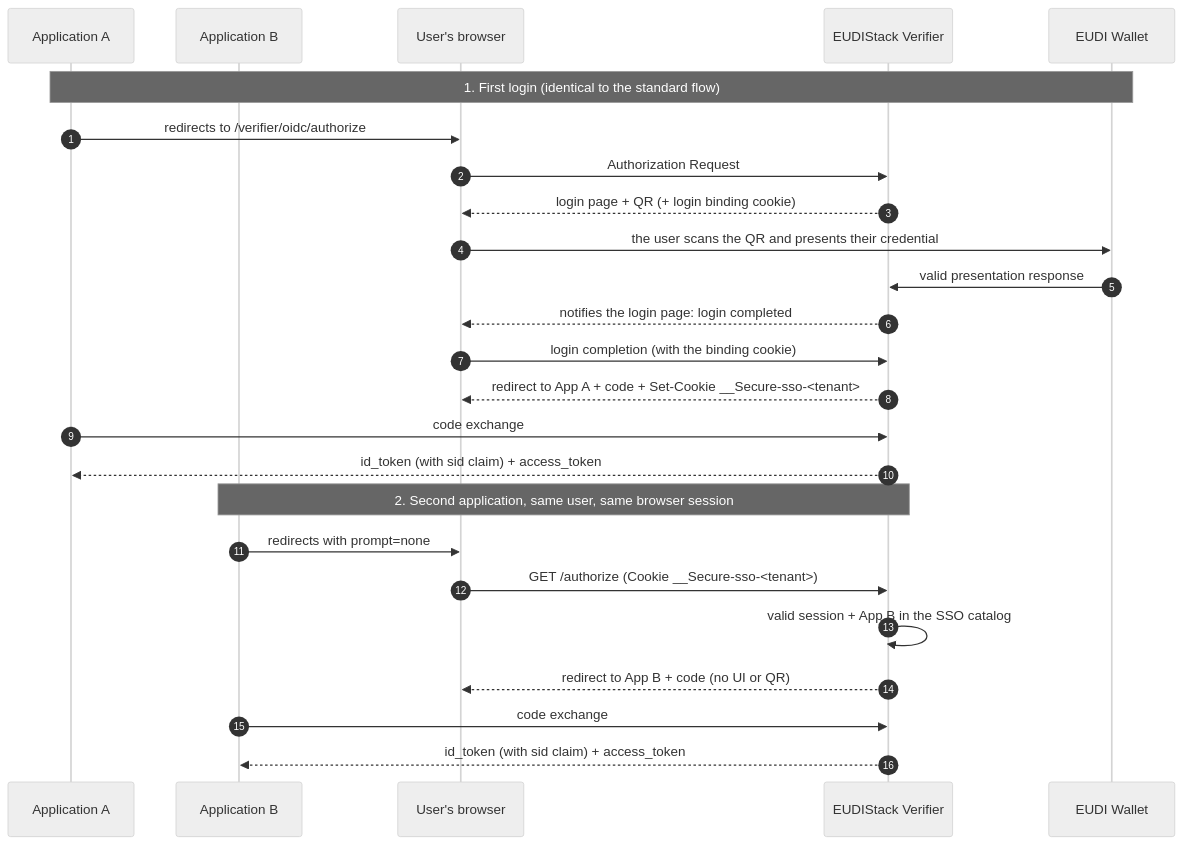
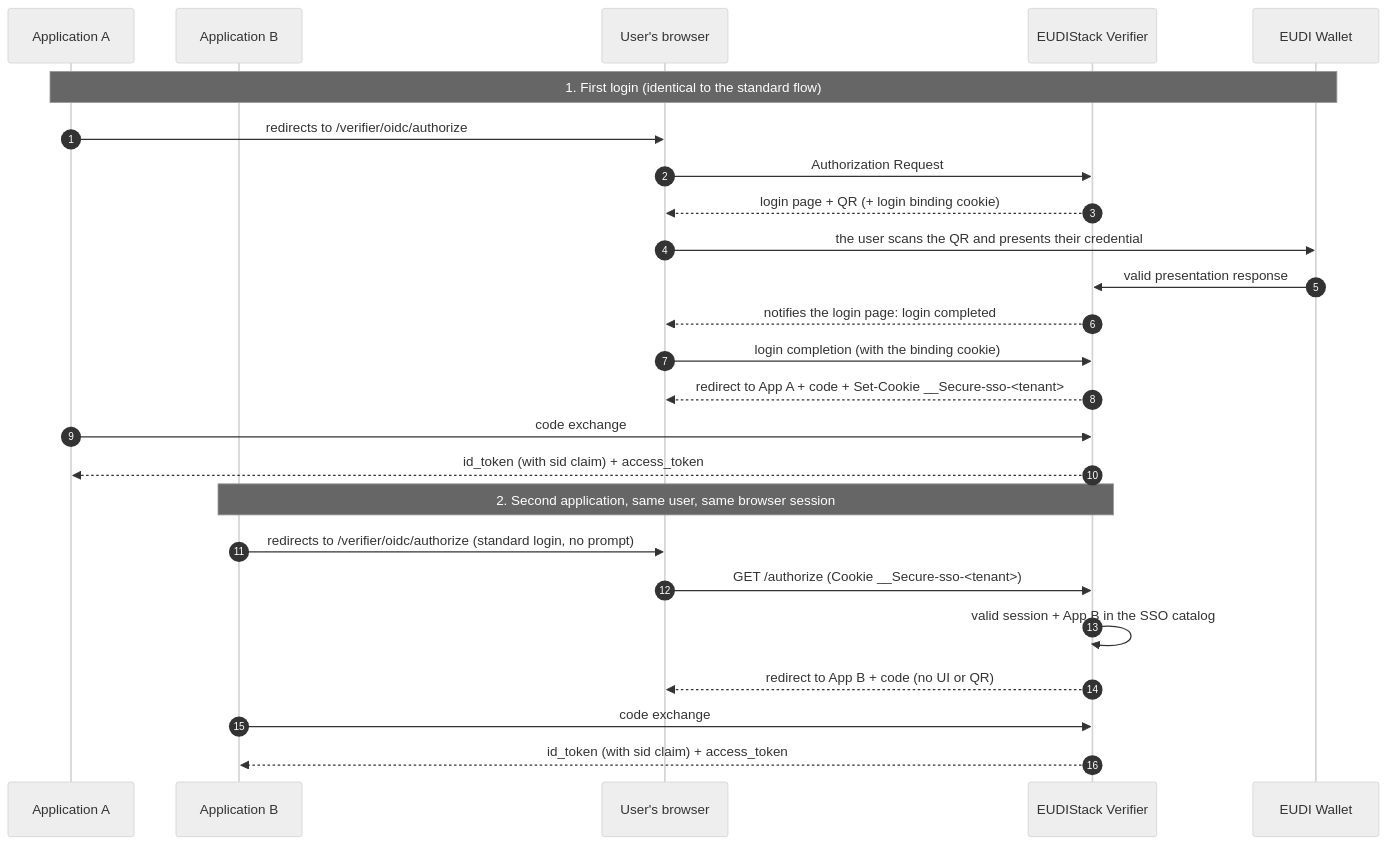
The first of 3 diagrams in docs/developers/guides/sso-multi-app.en.md (in2workspace/eudistack-platform-docs), drawn with Mermaid (neutral theme) before and after one commit. The commit also changed other lines of this file and 9 other files, not shown here.

First line of the commit message:
docs: document SSO session reuse without prompt=none (Verifier 3.4.0)

````diff
--- a/docs/developers/guides/sso-multi-app.en.md
+++ b/docs/developers/guides/sso-multi-app.en.md
@@ -33,29 +36,29 @@
 ```mermaid
 sequenceDiagram
     autonumber
     participant App1 as Application A
     participant App2 as Application B
     participant Browser as User's browser
     participant Verifier as EUDIStack Verifier
     participant Wallet as EUDI Wallet
 
     Note over App1,Wallet: 1. First login (identical to the standard flow)
     App1->>Browser: redirects to /verifier/oidc/authorize
     Browser->>Verifier: Authorization Request
     Verifier-->>Browser: login page + QR (+ login binding cookie)
     Browser->>Wallet: the user scans the QR and presents their credential
     Wallet->>Verifier: valid presentation response
     Verifier-->>Browser: notifies the login page: login completed
     Browser->>Verifier: login completion (with the binding cookie)
     Verifier-->>Browser: redirect to App A + code + Set-Cookie __Secure-sso-<tenant>
     App1->>Verifier: code exchange
     Verifier-->>App1: id_token (with sid claim) + access_token
 
     Note over App2,Verifier: 2. Second application, same user, same browser session
-    App2->>Browser: redirects with prompt=none
+    App2->>Browser: redirects to /verifier/oidc/authorize (standard login, no prompt)
     Browser->>Verifier: GET /authorize (Cookie __Secure-sso-<tenant>)
     Verifier->>Verifier: valid session + App B in the SSO catalog
     Verifier-->>Browser: redirect to App B + code (no UI or QR)
     App2->>Verifier: code exchange
     Verifier-->>App2: id_token (with sid claim) + access_token
 ```
````
